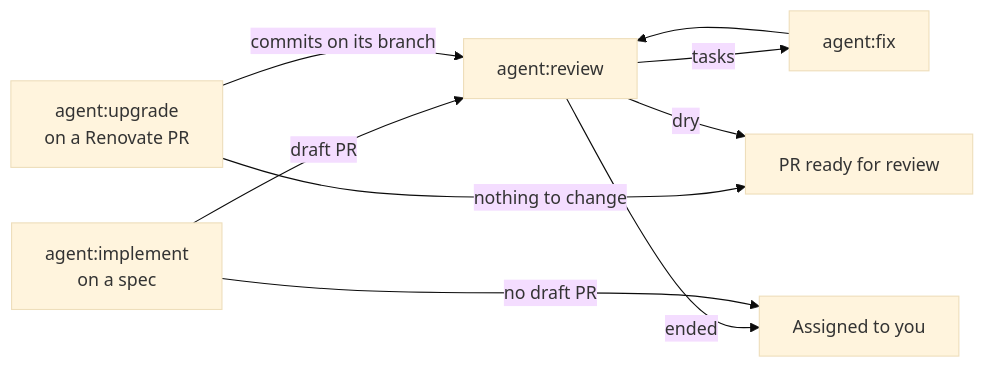
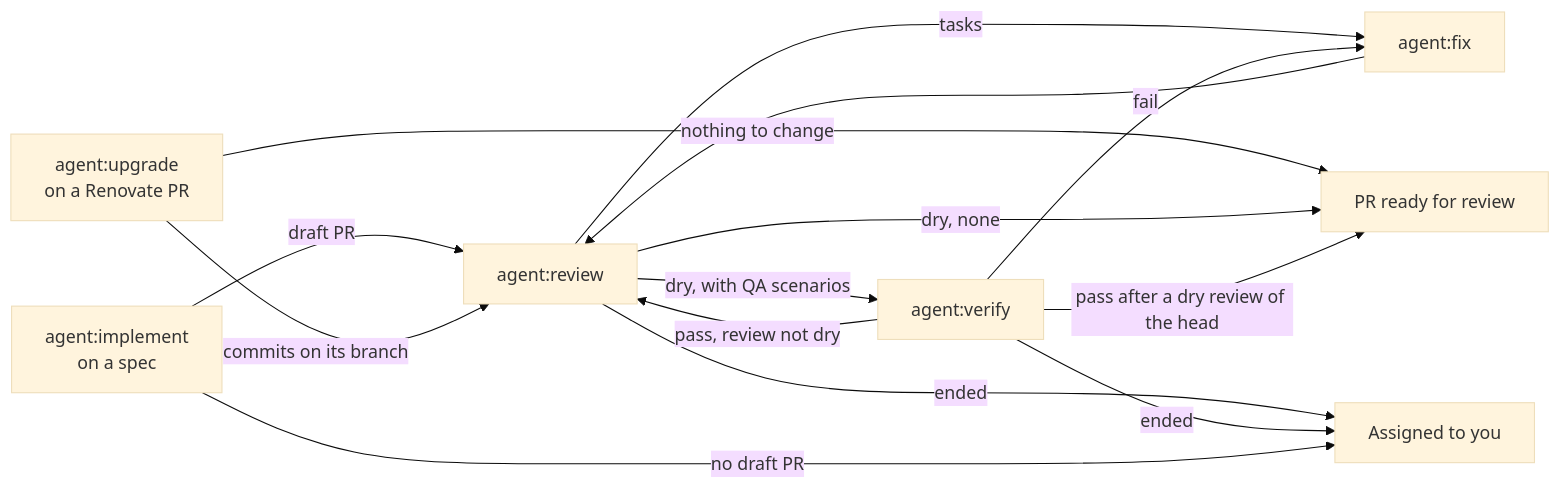
The second of 2 diagrams in apps/software-factory/README.md (jd-solanki/ai), drawn with Mermaid (base theme) before and after one commit. The commit also changed other lines of this file and 11 other files, not shown here.

First line of the commit message:
feat(software-factory): verify a PR's QA scenarios before ready (#32)

````diff
--- a/apps/software-factory/README.md
+++ b/apps/software-factory/README.md
@@ -205,10 +209,15 @@
 ```mermaid
 flowchart LR
   I["agent:implement<br/>on a spec"] -->|"draft PR"| R["agent:review"]
   A["agent:upgrade<br/>on a Renovate PR"] -->|"commits on its branch"| R
   A -->|"nothing to change"| D
   R -->|"tasks"| X["agent:fix"] --> R
-  R -->|"dry"| D["PR ready for review"]
+  R -->|"dry, with QA scenarios"| V["agent:verify"]
+  R -->|"dry, none"| D["PR ready for review"]
+  V -->|"pass after a dry review of the head"| D
+  V -->|"pass, review not dry"| R
+  V -->|"fail"| X
   R -->|"ended"| H["Assigned to you"]
+  V -->|"ended"| H
   I -->|"no draft PR"| H
 ```
````
